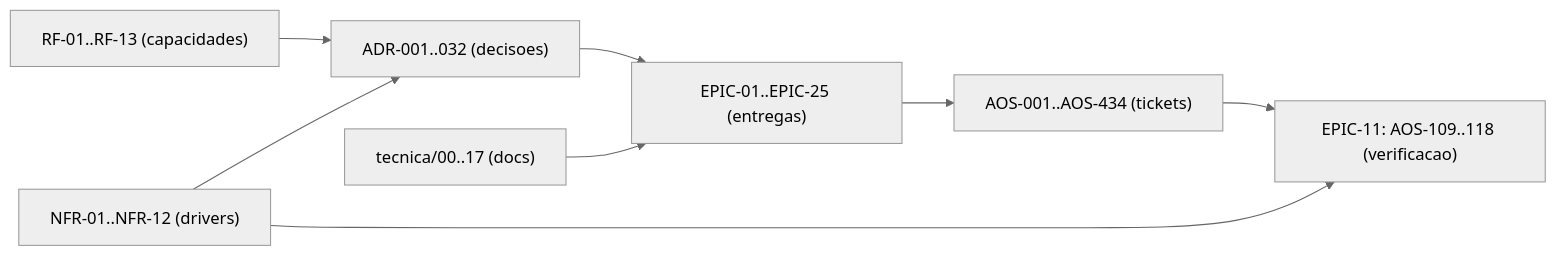
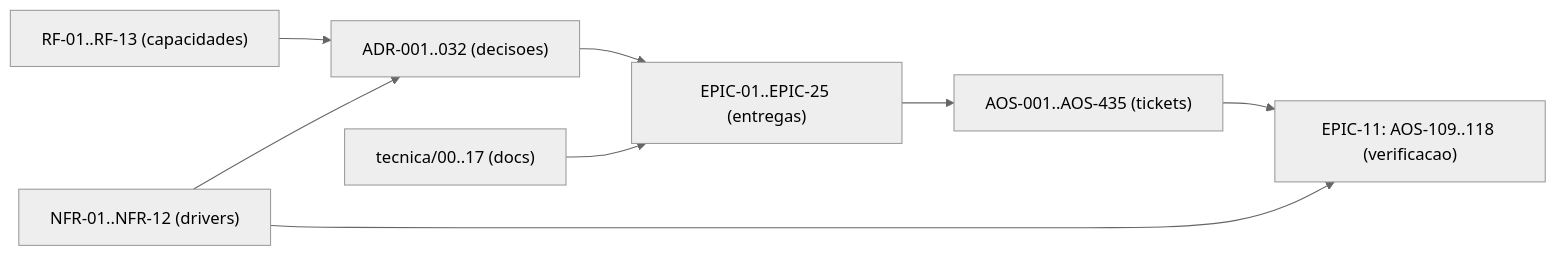
Before and after one commit to albinoJimy/aos: the diagram in tecnica/16_Rastreabilidade_RTM.md, drawn with Mermaid (neutral theme). The commit also changed other lines of this file and 7 other files, not shown here.

````diff
--- a/tecnica/16_Rastreabilidade_RTM.md
+++ b/tecnica/16_Rastreabilidade_RTM.md
@@ -193,10 +193,10 @@
 ```mermaid
 flowchart LR
     RF["RF-01..RF-13 (capacidades)"] --> ADR["ADR-001..032 (decisoes)"]
     NFR["NFR-01..NFR-12 (drivers)"] --> ADR
     ADR --> EPIC["EPIC-01..EPIC-25 (entregas)"]
-    EPIC --> TICK["AOS-001..AOS-434 (tickets)"]
+    EPIC --> TICK["AOS-001..AOS-435 (tickets)"]
     DOC["tecnica/00..17 (docs)"] --> EPIC
     TICK --> TEST["EPIC-11: AOS-109..118 (verificacao)"]
     NFR --> TEST
 ```
````
